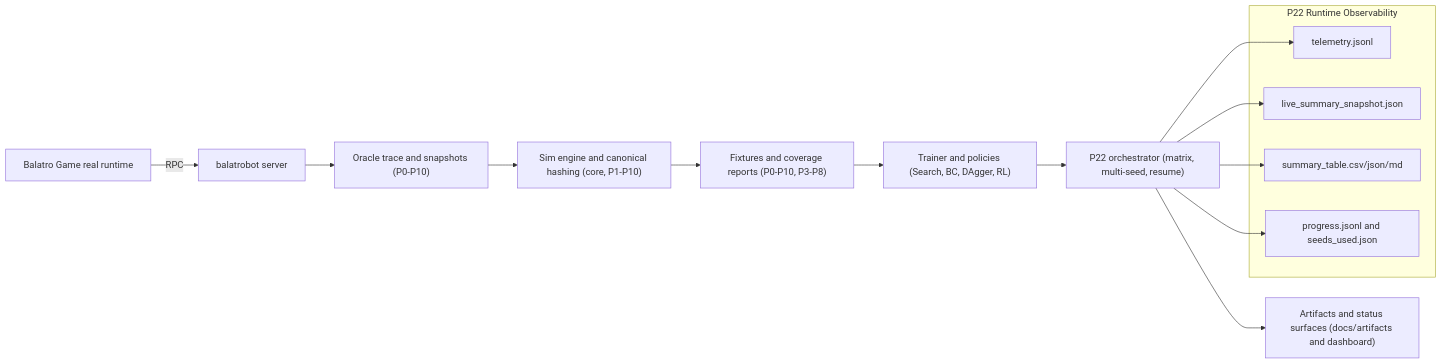
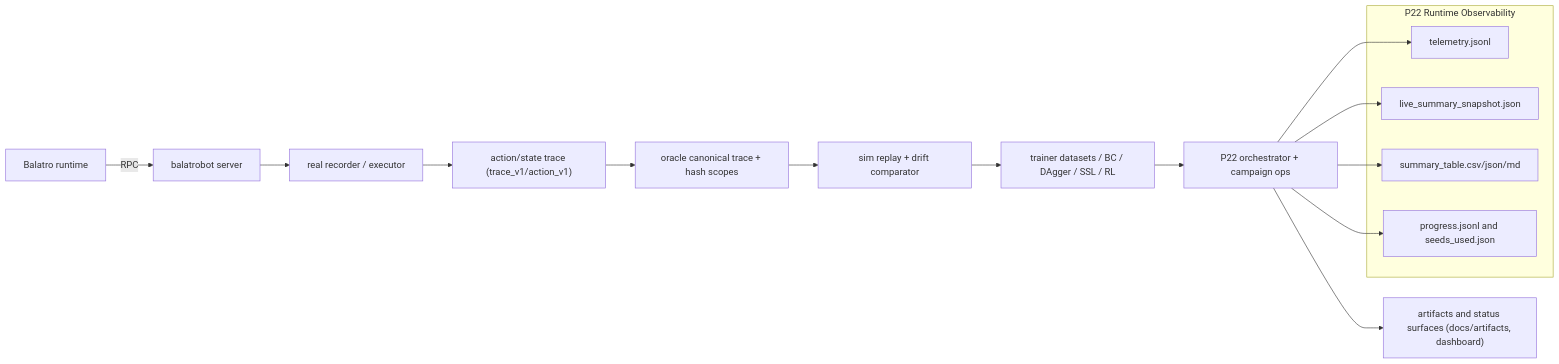
Before and after one commit to XcapeAxis/BalatroAI: the diagram in README.md, drawn with Mermaid. The commit also changed other lines of this file and 3 other files, not shown here.

Commit message:
P37: refresh README roadmap and execution audit docs

````diff
--- a/README.md
+++ b/README.md
@@ -155,22 +167,23 @@
 ```mermaid
 flowchart LR
-  A["Balatro Game real runtime"] -->|RPC| B["balatrobot server"]
-  B --> C["Oracle trace and snapshots (P0-P10)"]
-  C --> D["Sim engine and canonical hashing (core, P1-P10)"]
-  D --> E["Fixtures and coverage reports (P0-P10, P3-P8)"]
-  E --> F["Trainer and policies (Search, BC, DAgger, RL)"]
-  F --> G["P22 orchestrator (matrix, multi-seed, resume)"]
-  G --> H["Artifacts and status surfaces (docs/artifacts and dashboard)"]
+  A["Balatro runtime"] -->|RPC| B["balatrobot server"]
+  B --> C["real recorder / executor"]
+  C --> D["action/state trace (trace_v1/action_v1)"]
+  D --> E["oracle canonical trace + hash scopes"]
+  E --> F["sim replay + drift comparator"]
+  F --> G["trainer datasets / BC / DAgger / SSL / RL"]
+  G --> H["P22 orchestrator + campaign ops"]
+  H --> I["artifacts and status surfaces (docs/artifacts, dashboard)"]
 
   subgraph OBS["P22 Runtime Observability"]
     O1["telemetry.jsonl"]
     O2["live_summary_snapshot.json"]
     O3["summary_table.csv/json/md"]
     O4["progress.jsonl and seeds_used.json"]
   end
 
-  G --> O1
-  G --> O2
-  G --> O3
-  G --> O4
+  H --> O1
+  H --> O2
+  H --> O3
+  H --> O4
 ```
````
